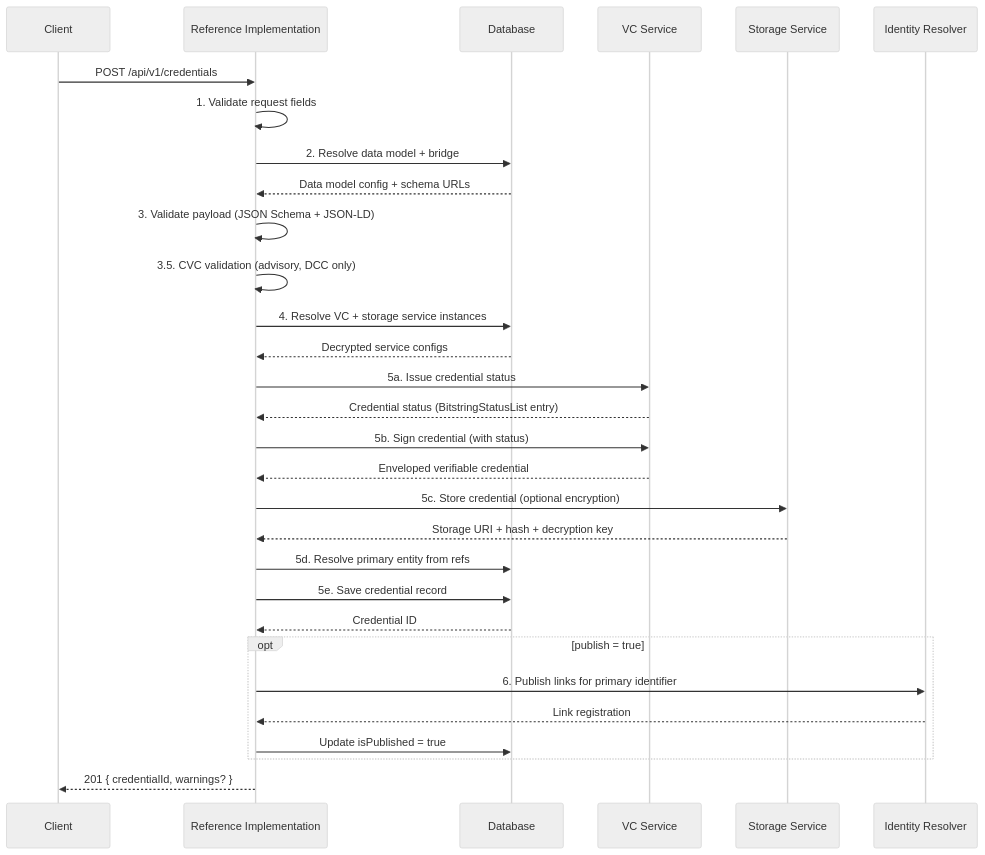
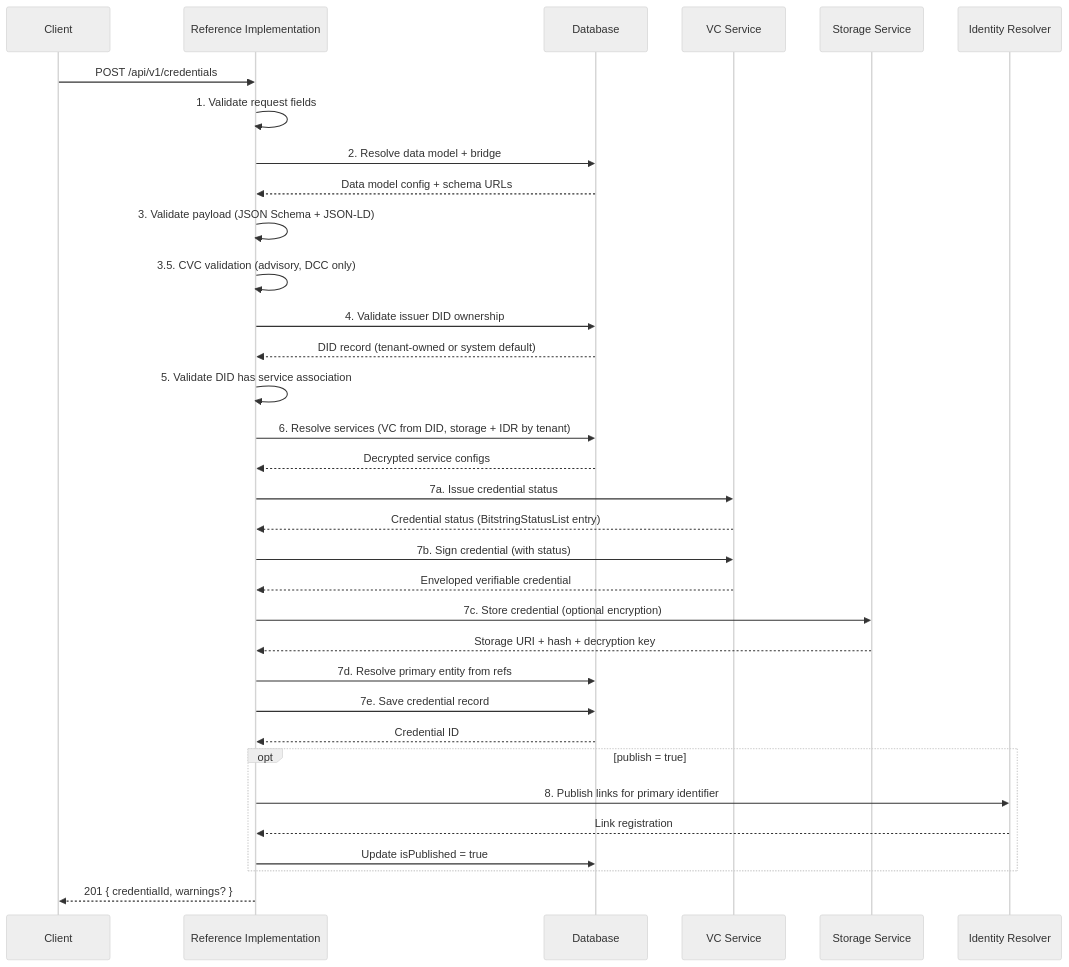
The first of 2 diagrams in documentation/docs/reference-implementation/api/credentials.md (uncefact/tests-untp), drawn with Mermaid (neutral theme) before and after one commit. The commit also changed other lines of this file and 10 other files, not shown here.

Commit message:
fix(api): enforce issuer DID ownership on credential issuance (#483)

````diff
--- a/documentation/docs/reference-implementation/api/credentials.md
+++ b/documentation/docs/reference-implementation/api/credentials.md
@@ -88,33 +88,36 @@
 ```mermaid
 sequenceDiagram
     participant Client
     participant RI as Reference Implementation
     participant DB as Database
     participant VC as VC Service
     participant Storage as Storage Service
     participant IDR as Identity Resolver
 
     Client->>RI: POST /api/v1/credentials
     RI->>RI: 1. Validate request fields
     RI->>DB: 2. Resolve data model + bridge
     DB-->>RI: Data model config + schema URLs
     RI->>RI: 3. Validate payload (JSON Schema + JSON-LD)
     RI->>RI: 3.5. CVC validation (advisory, DCC only)
-    RI->>DB: 4. Resolve VC + storage service instances
+    RI->>DB: 4. Validate issuer DID ownership
+    DB-->>RI: DID record (tenant-owned or system default)
+    RI->>RI: 5. Validate DID has service association
+    RI->>DB: 6. Resolve services (VC from DID, storage + IDR by tenant)
     DB-->>RI: Decrypted service configs
-    RI->>VC: 5a. Issue credential status
+    RI->>VC: 7a. Issue credential status
     VC-->>RI: Credential status (BitstringStatusList entry)
-    RI->>VC: 5b. Sign credential (with status)
+    RI->>VC: 7b. Sign credential (with status)
     VC-->>RI: Enveloped verifiable credential
-    RI->>Storage: 5c. Store credential (optional encryption)
+    RI->>Storage: 7c. Store credential (optional encryption)
     Storage-->>RI: Storage URI + hash + decryption key
-    RI->>DB: 5d. Resolve primary entity from refs
-    RI->>DB: 5e. Save credential record
+    RI->>DB: 7d. Resolve primary entity from refs
+    RI->>DB: 7e. Save credential record
     DB-->>RI: Credential ID
     opt publish = true
-        RI->>IDR: 6. Publish links for primary identifier
+        RI->>IDR: 8. Publish links for primary identifier
         IDR-->>RI: Link registration
         RI->>DB: Update isPublished = true
     end
     RI-->>Client: 201 { credentialId, warnings? }
 ```
````
